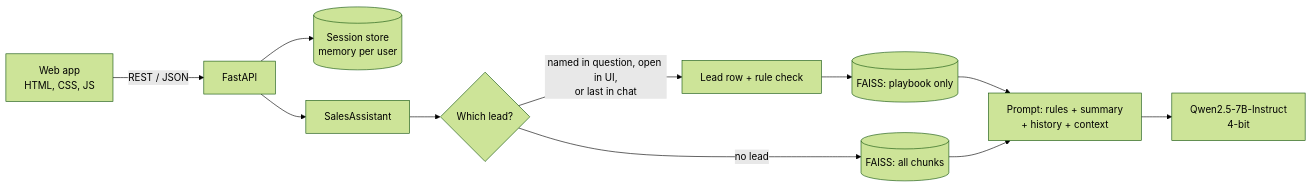
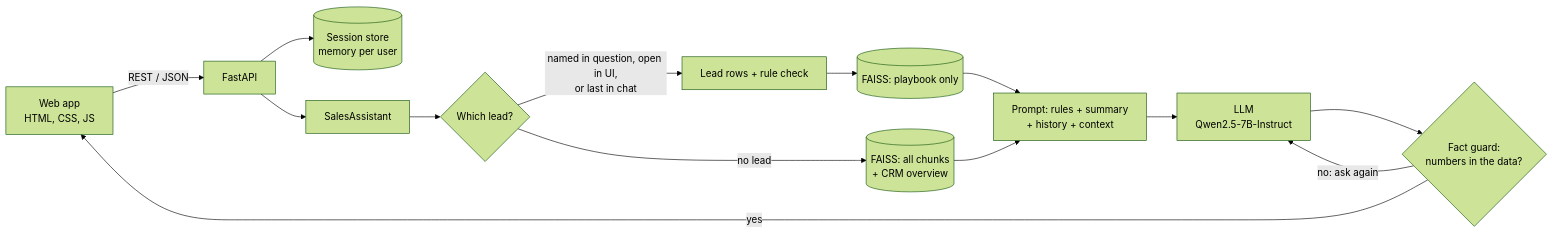
One commit to Hagar202/nova-sales-assistant changed the diagram in README.md. Above: the diagram before and after it, drawn with Mermaid (forest theme). The commit also changed other lines of this file and 8 other files, not shown here.

````diff
--- a/README.md
+++ b/README.md
@@ -27,13 +33,16 @@
 ```mermaid
 flowchart LR
     UI[Web app<br/>HTML, CSS, JS] -->|REST / JSON| API[FastAPI]
     API --> S[(Session store<br/>memory per user)]
     API --> A[SalesAssistant]
     A --> R{Which lead?}
-    R -->|named in question, open in UI,<br/>or last in chat| L[Lead row + rule check]
-    R -->|no lead| V[(FAISS: all chunks)]
+    R -->|named in question, open in UI,<br/>or last in chat| L[Lead rows + rule check]
+    R -->|no lead| V[(FAISS: all chunks<br/>+ CRM overview)]
     L --> P[(FAISS: playbook only)]
     P --> M[Prompt: rules + summary<br/>+ history + context]
     V --> M
-    M --> Q[Qwen2.5-7B-Instruct<br/>4-bit]
+    M --> Q[LLM<br/>Qwen2.5-7B-Instruct]
+    Q --> G{Fact guard:<br/>numbers in the data?}
+    G -->|no: ask again| Q
+    G -->|yes| UI
 ```
````
